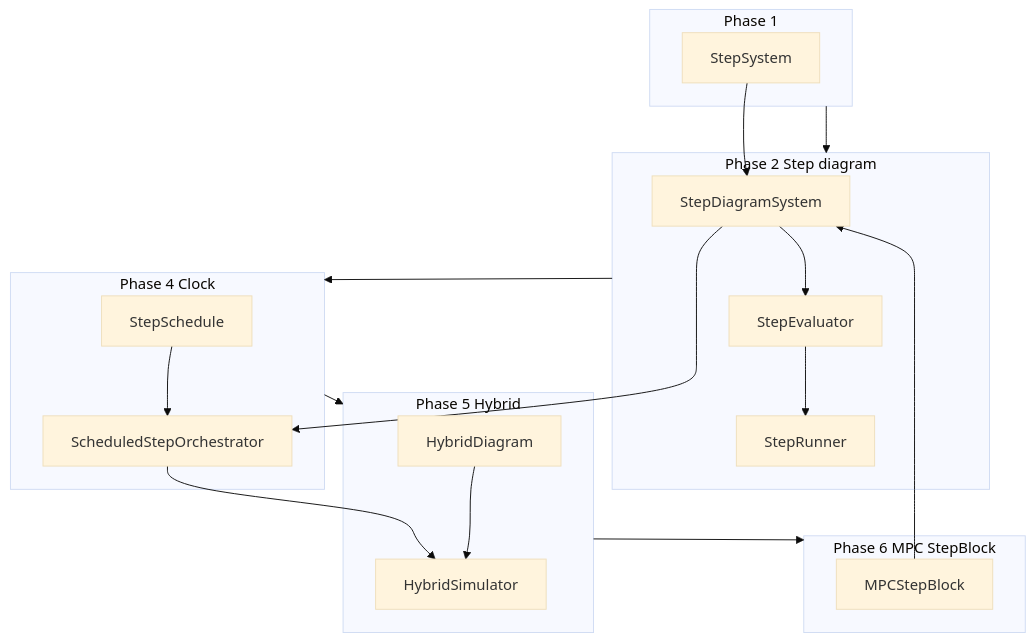
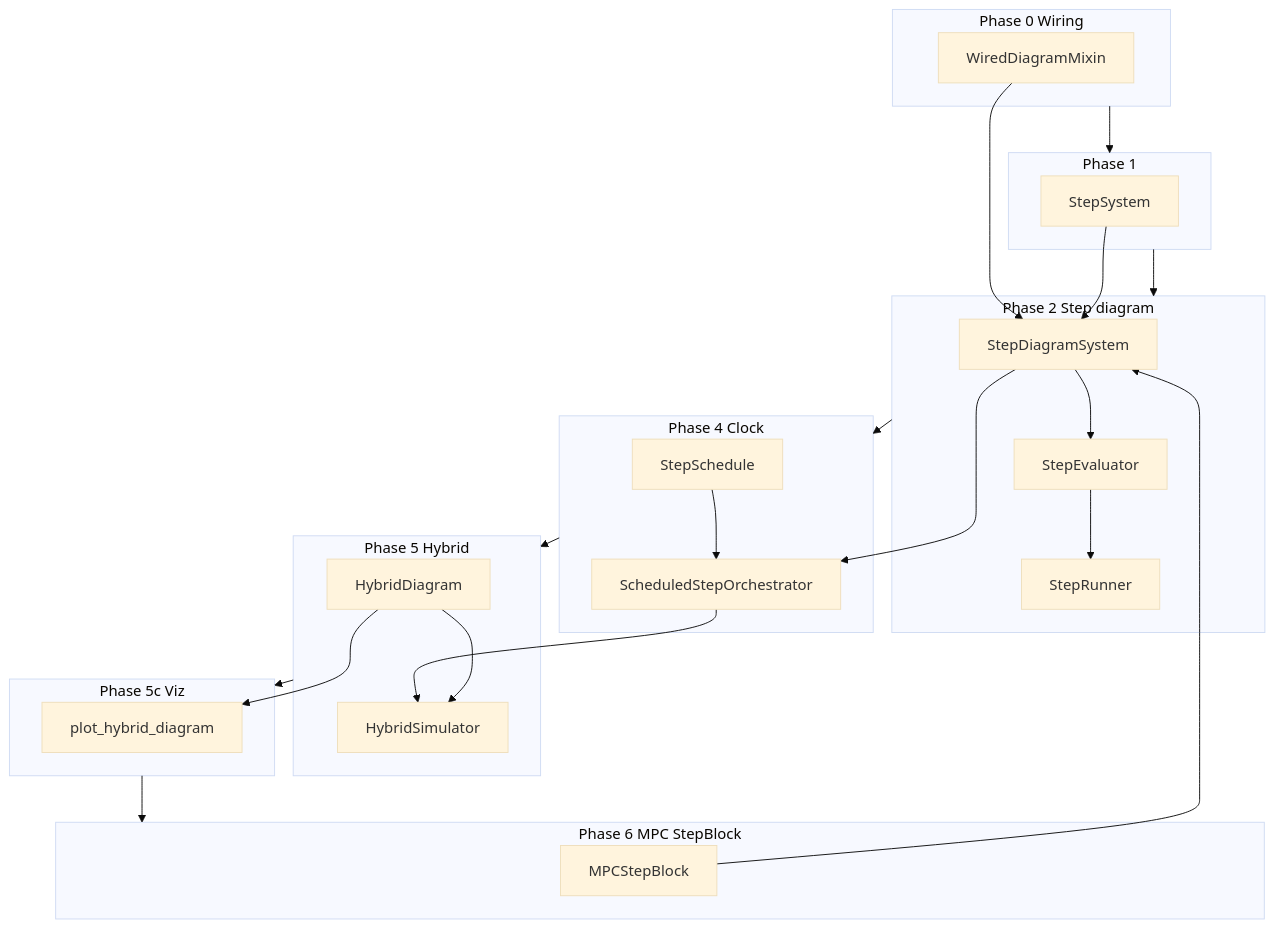
The fourth of 4 diagrams in docs/plans/hybrid-discrete-simulation.md (alx87grd/minilink), drawn with Mermaid (base theme) before and after one commit. The commit also changed other lines of this file and 7 other files, not shown here.

First line of the commit message:
docs: add Phase 0 wiring refactor and Phase 5c hybrid viz/shortcuts

````diff
--- a/docs/plans/hybrid-discrete-simulation.md
+++ b/docs/plans/hybrid-discrete-simulation.md
@@ -541,34 +548,44 @@
 ```mermaid
 flowchart TB
+    subgraph p0 [Phase 0 Wiring]
+        WIR[WiredDiagramMixin]
+    end
+
     subgraph p1 [Phase 1]
         SS[StepSystem]
     end
 
     subgraph p2 [Phase 2 Step diagram]
         SDS[StepDiagramSystem]
         SE[StepEvaluator]
         SR[StepRunner]
     end
 
     subgraph p4 [Phase 4 Clock]
         SCH[StepSchedule]
         SO[ScheduledStepOrchestrator]
     end
 
     subgraph p5 [Phase 5 Hybrid]
         HD[HybridDiagram]
         HS[HybridSimulator]
     end
 
+    subgraph p5c [Phase 5c Viz]
+        PLOT[plot_hybrid_diagram]
+    end
+
     subgraph p6 [Phase 6 MPC StepBlock]
         MPC[MPCStepBlock]
     end
 
+    WIR --> SDS
     SS --> SDS --> SE --> SR
     SDS --> SO
     SCH --> SO
     SO --> HS
     HD --> HS
+    HD --> PLOT
     MPC --> SDS
-    p1 --> p2 --> p4 --> p5 --> p6
+    p0 --> p1 --> p2 --> p4 --> p5 --> p5c --> p6
 ```
````
